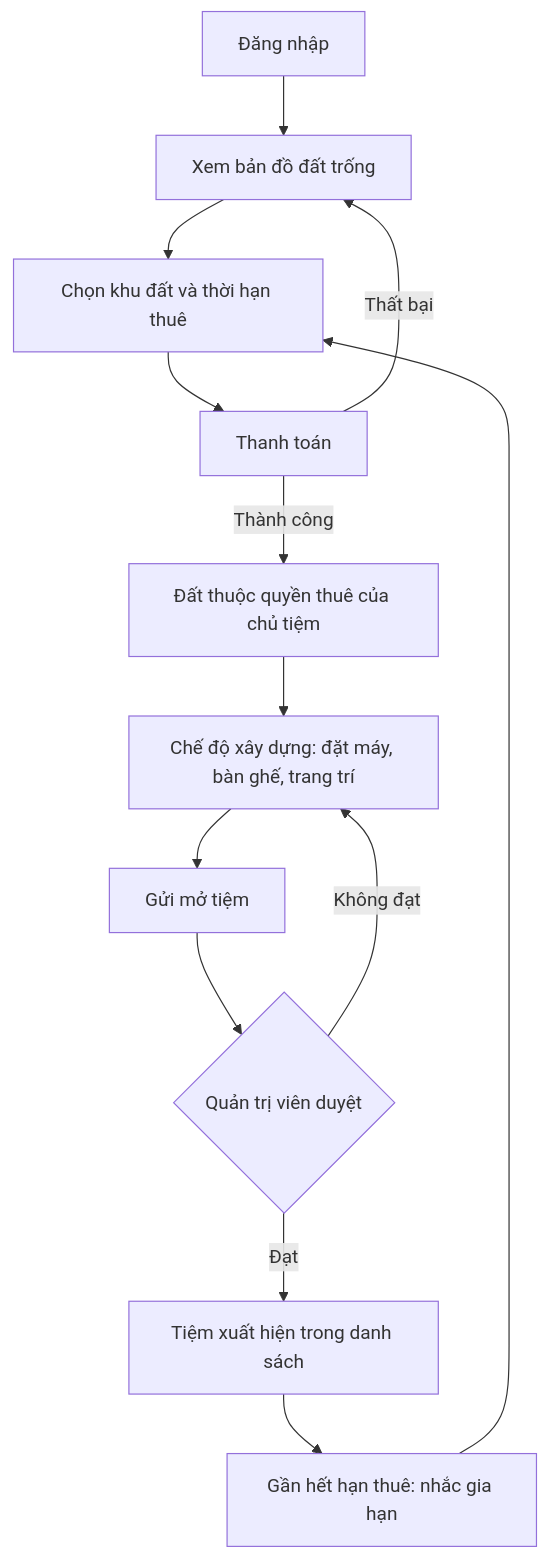
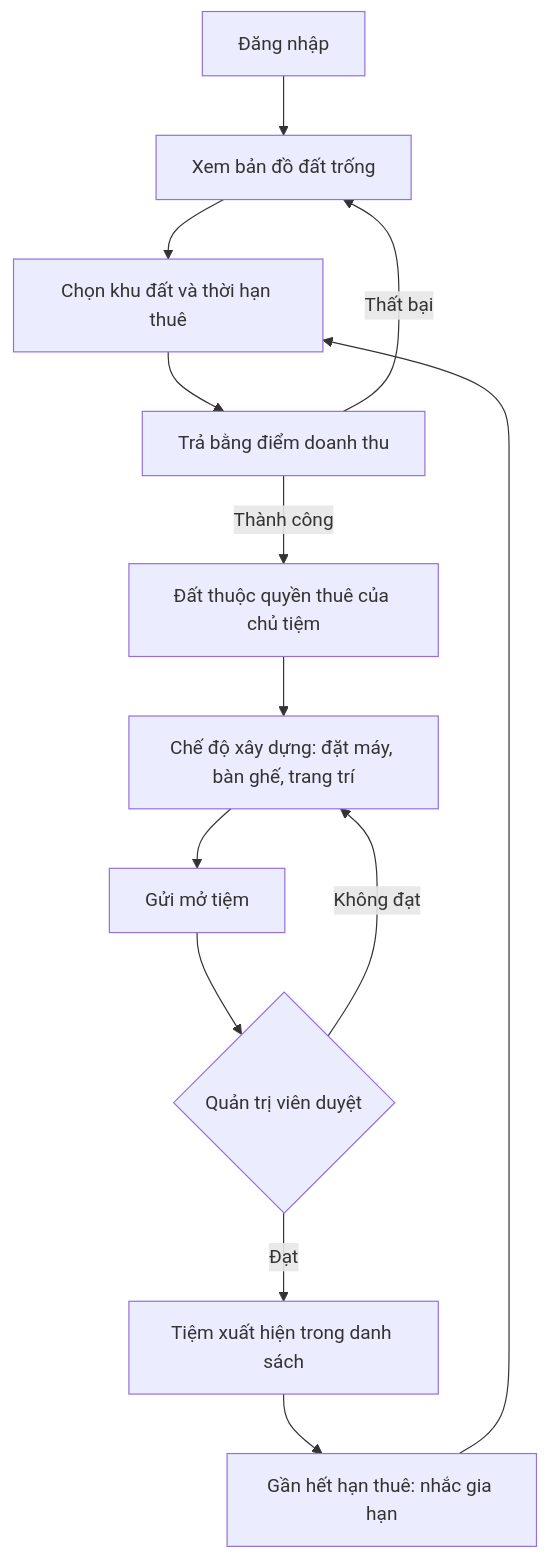
The first of 5 diagrams in docs/wiki/product/business-flows.md (netverse3d/netverse3d), drawn with Mermaid before and after one commit. The commit also changed other lines of this file and 33 other files, not shown here.

Commit message:
docs: record the tentative economy, station screens and new roadmap (#73)

````diff
--- a/docs/wiki/product/business-flows.md
+++ b/docs/wiki/product/business-flows.md
@@ -9,15 +9,15 @@
 ```mermaid
 flowchart TD
   A[Đăng nhập] --> B[Xem bản đồ đất trống]
   B --> C[Chọn khu đất và thời hạn thuê]
-  C --> D[Thanh toán]
+  C --> D[Trả bằng điểm doanh thu]
   D -->|Thành công| E[Đất thuộc quyền thuê của chủ tiệm]
   D -->|Thất bại| B
   E --> F[Chế độ xây dựng: đặt máy, bàn ghế, trang trí]
   F --> G[Gửi mở tiệm]
   G --> H{Quản trị viên duyệt}
   H -->|Đạt| I[Tiệm xuất hiện trong danh sách]
   H -->|Không đạt| F
   I --> J[Gần hết hạn thuê: nhắc gia hạn]
   J --> C
 ```
````
